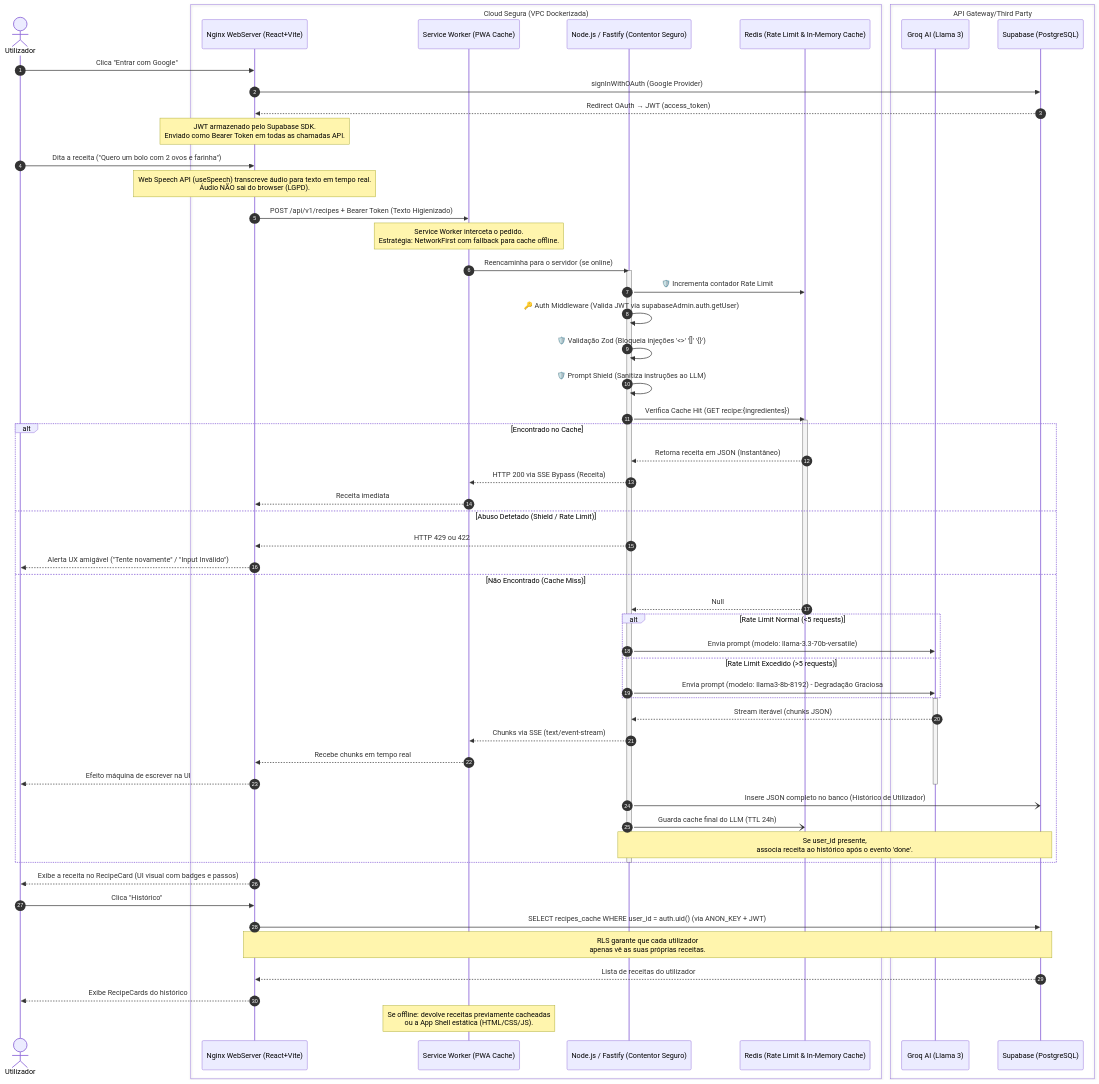
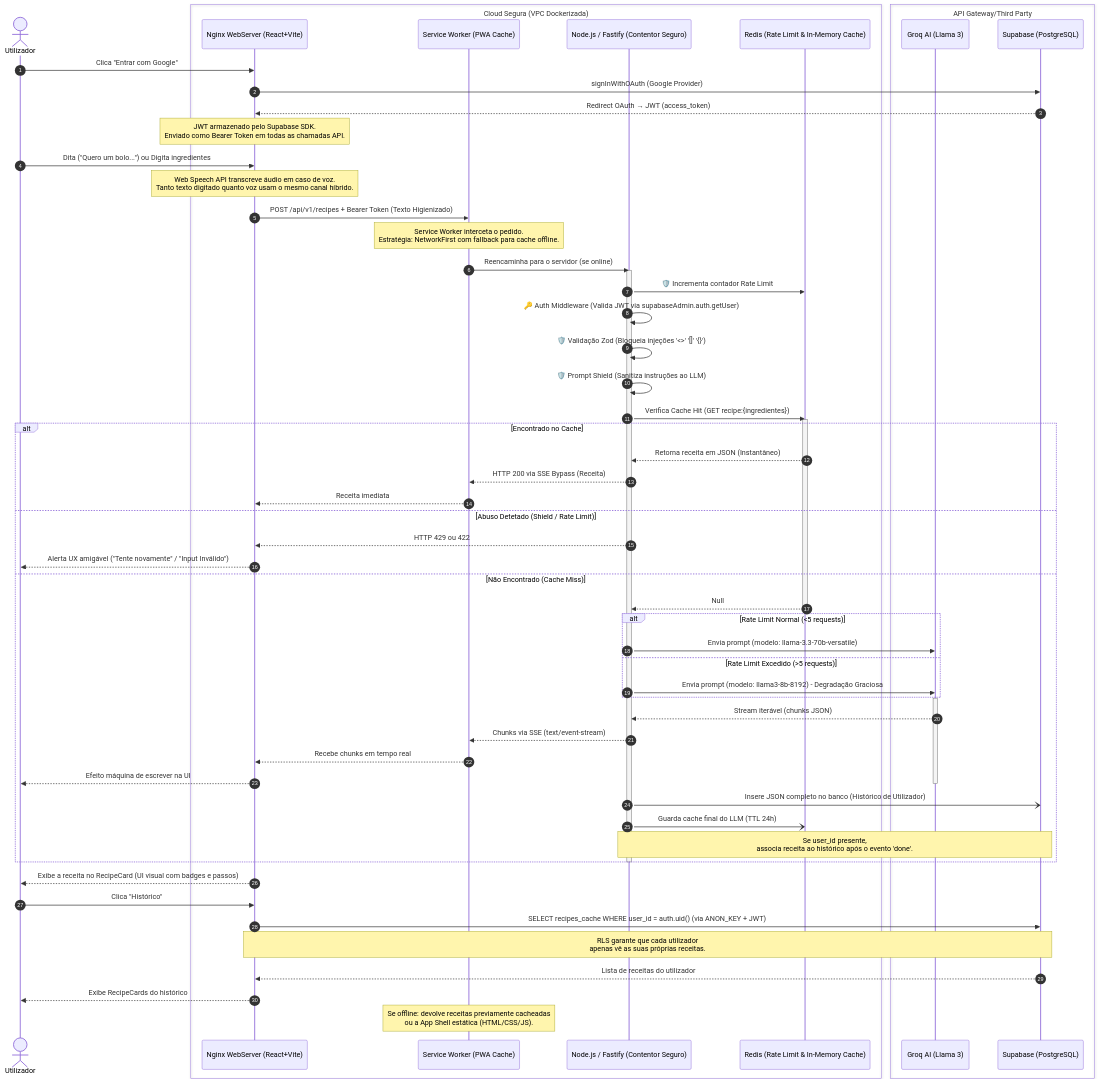
Before and after one commit to davydsonmr1/fastcook: the diagram in docs/arquitetura.md, drawn with Mermaid. The commit also changed other lines of this file and 16 other files, not shown here.

```diff
--- a/docs/arquitetura.md
+++ b/docs/arquitetura.md
@@ -30,8 +30,8 @@
     note over Frontend: JWT armazenado pelo Supabase SDK.<br/>Enviado como Bearer Token em todas as chamadas API.
 
     %% Passo 1: Captura
-    Utilizador->>Frontend: Dita a receita ("Quero um bolo com 2 ovos e farinha")
-    note over Frontend: Web Speech API (useSpeech) transcreve áudio para texto em tempo real.<br/>Áudio NÃO sai do browser (LGPD).
+    Utilizador->>Frontend: Dita ("Quero um bolo...") ou Digita ingredientes
+    note over Frontend: Web Speech API transcreve áudio em caso de voz.<br/>Tanto texto digitado quanto voz usam o mesmo canal híbrido.
     
     %% Passo 2: Request Seguro (via SW)
     Frontend->>SW: POST /api/v1/recipes + Bearer Token (Texto Higienizado)
```
